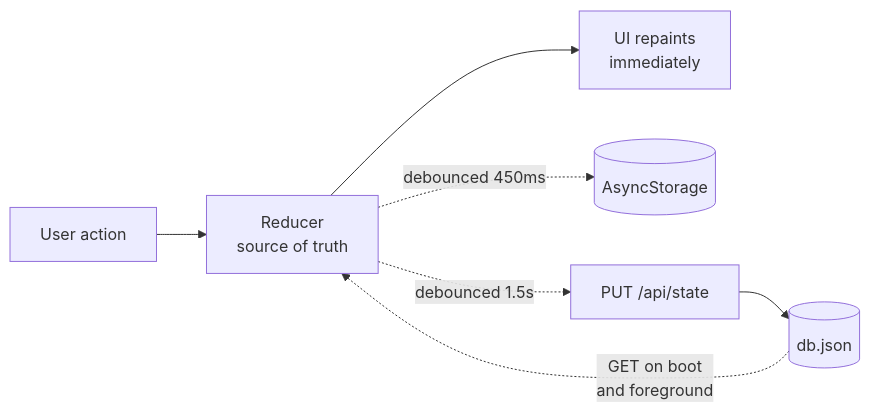
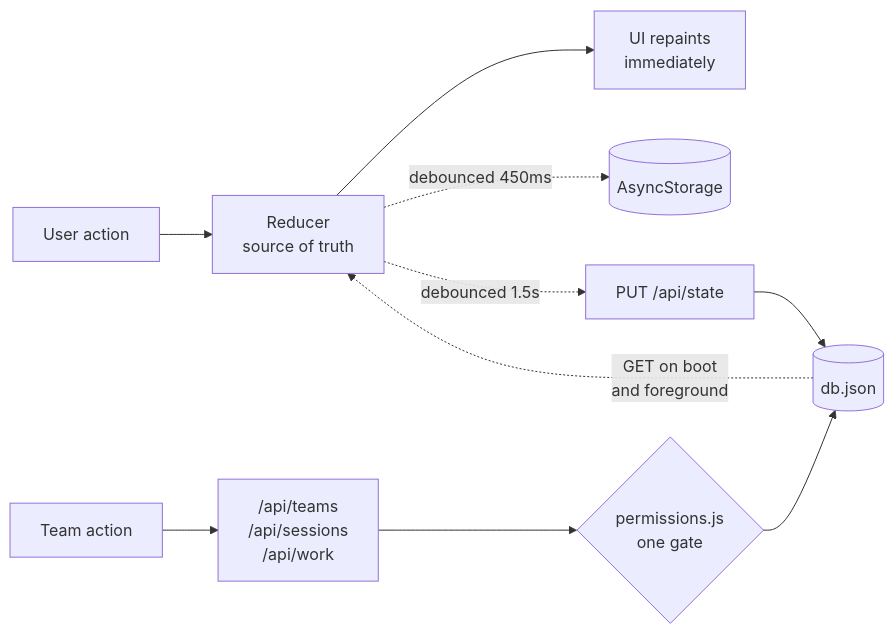
One commit to Erik333M/notEnough changed the diagram in README.md. Above: the diagram before and after it, drawn with Mermaid. The commit also changed other lines of this file, not shown here.

First line of the commit message:
docs: README covers teams, coaching and the visibility rule

````diff
--- a/README.md
+++ b/README.md
@@ -110,9 +148,13 @@
 ```mermaid
 flowchart LR
   tap["User action"] --> reducer["Reducer<br/>source of truth"]
   reducer --> ui["UI repaints<br/>immediately"]
   reducer -.->|"debounced 450ms"| disk[("AsyncStorage")]
   reducer -.->|"debounced 1.5s"| api["PUT /api/state"]
   api --> db[("db.json")]
   db -.->|"GET on boot<br/>and foreground"| reducer
+
+  teamtap["Team action"] --> teamapi["/api/teams<br/>/api/sessions<br/>/api/work"]
+  teamapi --> perms{"permissions.js<br/>one gate"}
+  perms --> db
 ```
````
